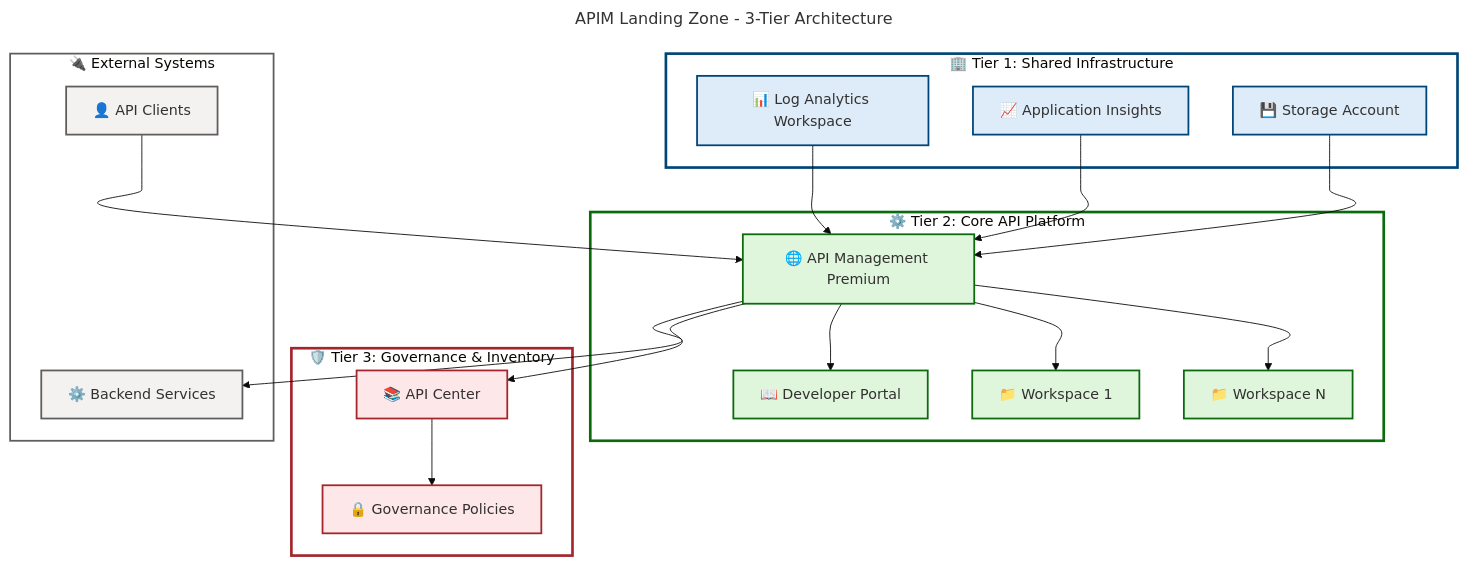
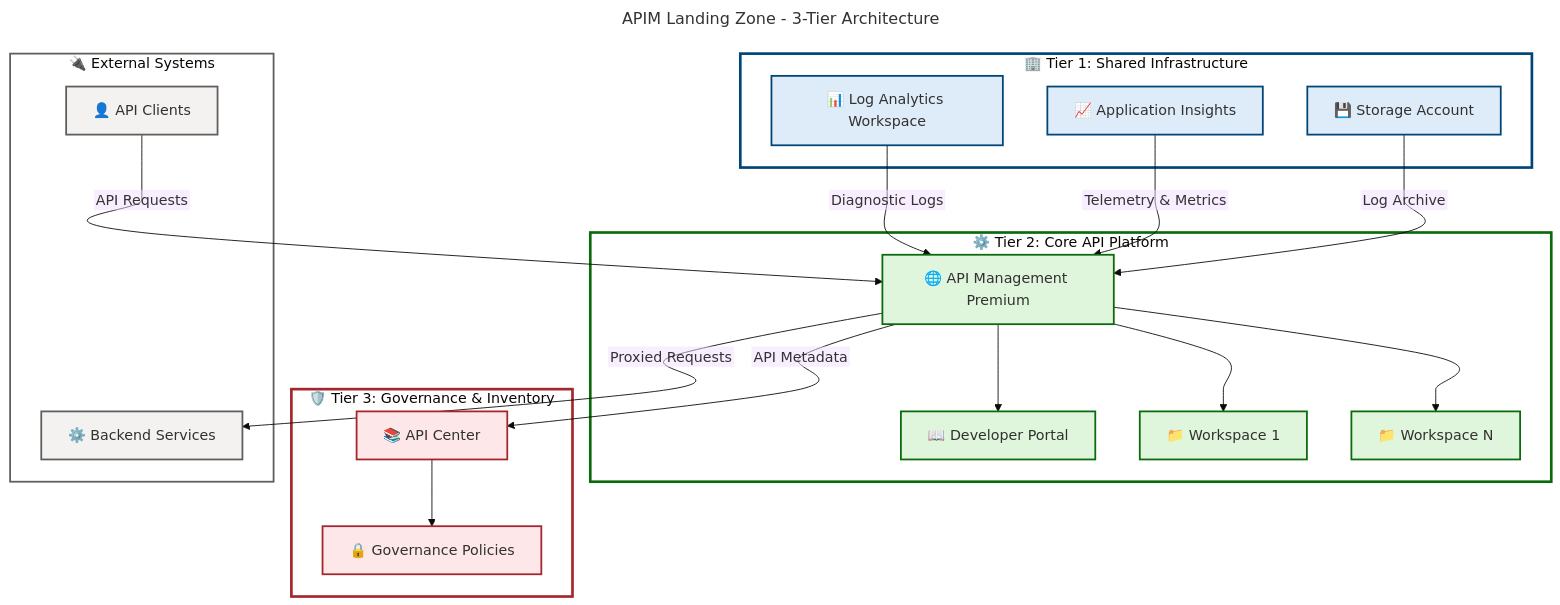
One commit to Evilazaro/APIM-Accelerator changed the diagram in README.md. Above: the diagram before and after it, drawn with Mermaid.

Commit message:
Enhance flowchart in README.md with descriptive labels for data flows and API interactions.

```diff
--- a/README.md
+++ b/README.md
@@ -161,13 +161,13 @@
     end
 
     %% Cross-tier Data Flows
-    LA --> APIM
-    AI --> APIM
-    SA --> APIM
+    LA -->|"Diagnostic Logs"| APIM
+    AI -->|"Telemetry & Metrics"| APIM
+    SA -->|"Log Archive"| APIM
 
-    APIM --> APIC
-    APIM --> BACKEND
-    CLIENT --> APIM
+    APIM -->|"API Metadata"| APIC
+    APIM -->|"Proxied Requests"| BACKEND
+    CLIENT -->|"API Requests"| APIM
 
     %% Centralized classDefs (4 semantic colors - 100-level fills for optimal contrast)
     classDef azureBlue fill:#DEECF9,stroke:#004578,stroke-width:2px,color:#323130
```
